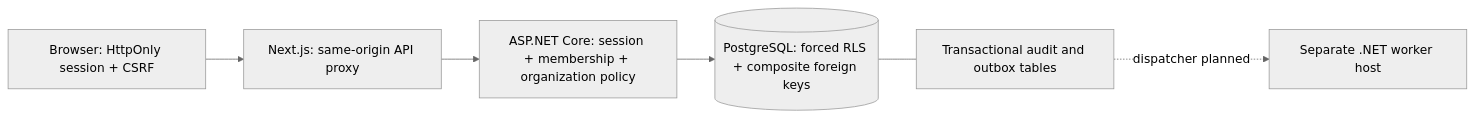
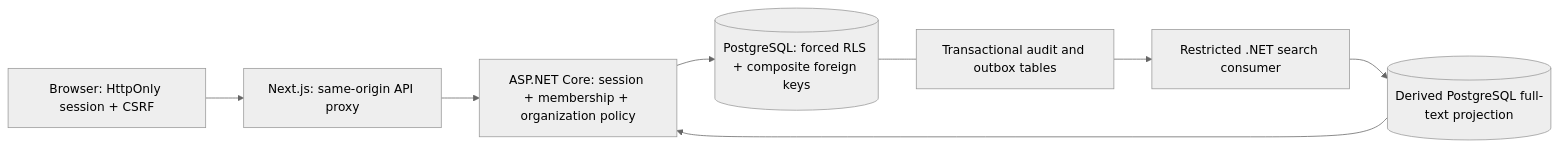
One commit to creatoradams/saveIT changed the diagram in docs/architecture.md. Above: the diagram before and after it, drawn with Mermaid (neutral theme). The commit also changed other lines of this file and 42 other files, not shown here.

Commit message:
Add tenant-authorized search and durable projection worker

````diff
--- a/docs/architecture.md
+++ b/docs/architecture.md
@@ -13,8 +13,10 @@
 ```mermaid
 flowchart LR
   B[Browser: HttpOnly session + CSRF] --> W[Next.js: same-origin API proxy]
   W --> A[ASP.NET Core: session + membership + organization policy]
   A --> D[(PostgreSQL: forced RLS + composite foreign keys)]
   D --- O[Transactional audit and outbox tables]
-  O -. dispatcher planned .-> Workers[Separate .NET worker host]
+  O --> Workers[Restricted .NET search consumer]
+  Workers --> P[(Derived PostgreSQL full-text projection)]
+  P --> A
 ```
````
